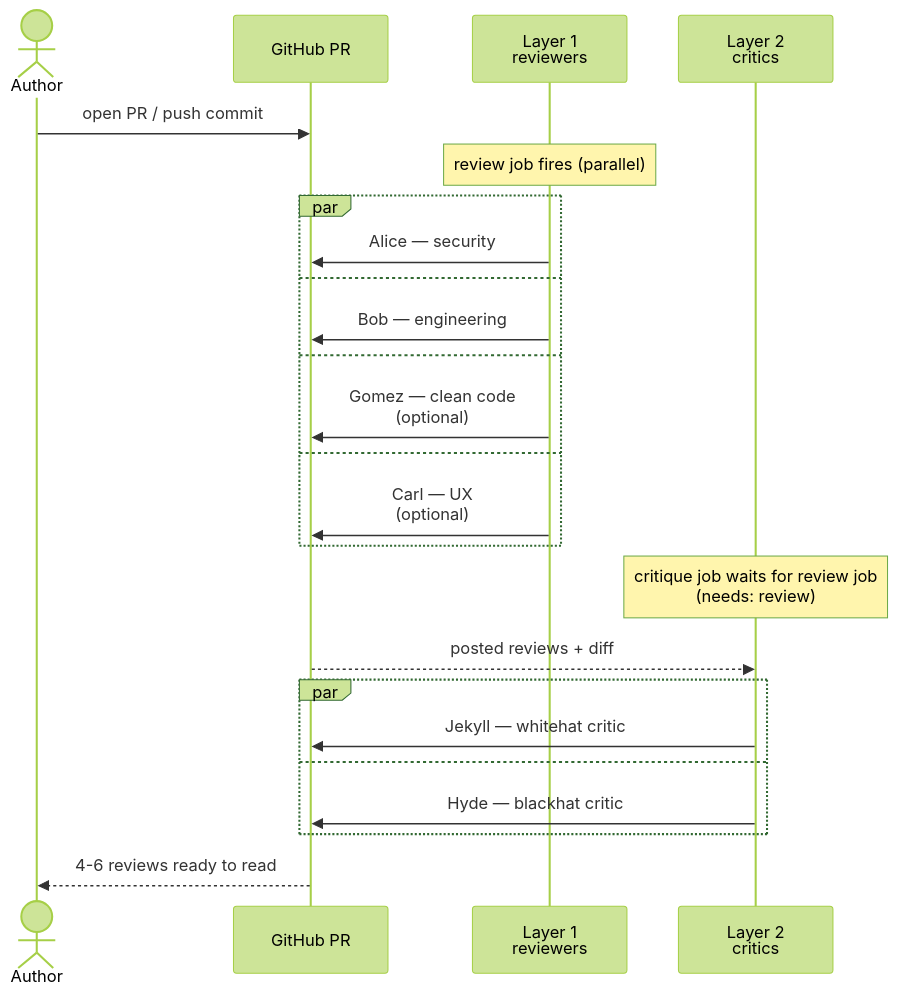
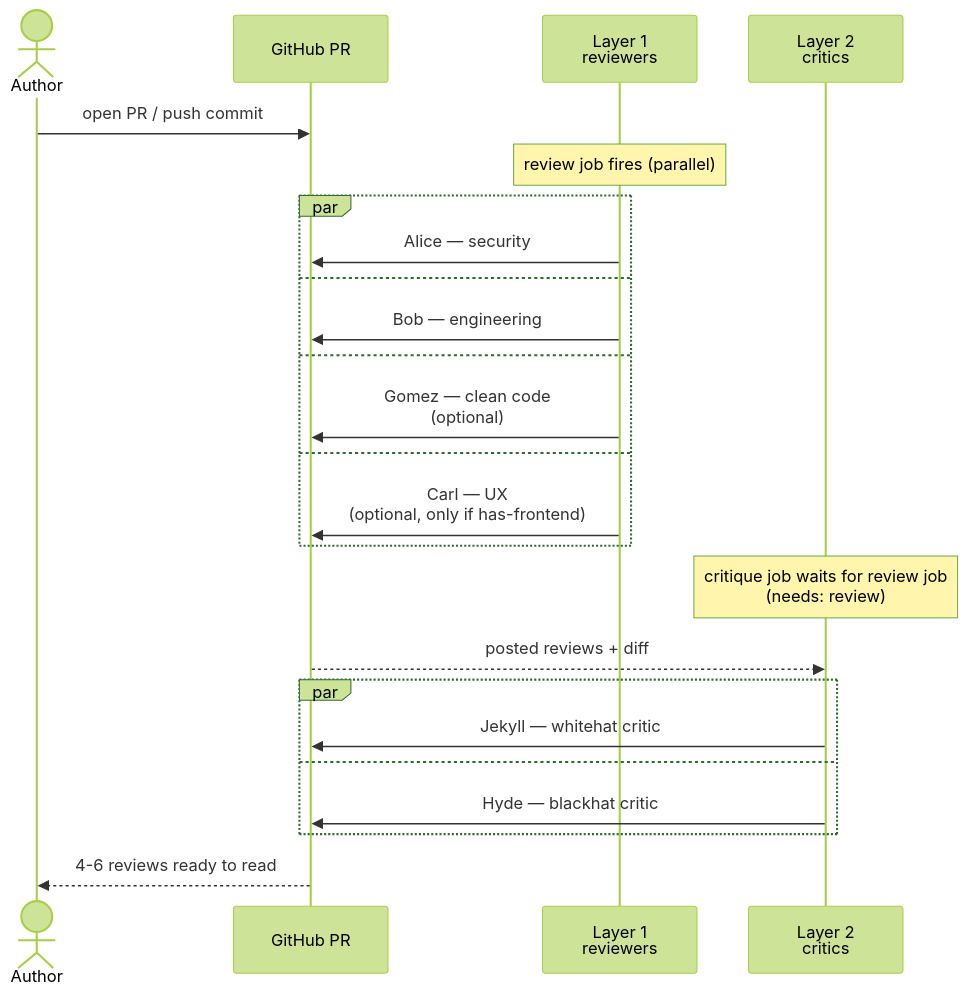
Before and after one commit to Ethanon/developer.ai: the second of 3 diagrams in readme.md, drawn with Mermaid (forest theme). The commit also changed other lines of this file and 20 other files, not shown here.

````diff
--- a/readme.md
+++ b/readme.md
@@ -127,30 +126,30 @@
 ```mermaid
 sequenceDiagram
     actor Author
     participant GH as GitHub PR
     participant L1 as Layer 1<br/>reviewers
     participant L2 as Layer 2<br/>critics
 
     Author->>GH: open PR / push commit
 
     Note over L1: review job fires (parallel)
     par
         L1->>GH: Alice — security
     and
         L1->>GH: Bob — engineering
     and
         L1->>GH: Gomez — clean code<br/>(optional)
     and
-        L1->>GH: Carl — UX<br/>(optional)
+        L1->>GH: Carl — UX<br/>(optional, only if has-frontend)
     end
 
     Note over L2: critique job waits for review job<br/>(needs: review)
     GH-->>L2: posted reviews + diff
     par
         L2->>GH: Jekyll — whitehat critic
     and
         L2->>GH: Hyde — blackhat critic
     end
 
     GH-->>Author: 4-6 reviews ready to read
 ```
````
